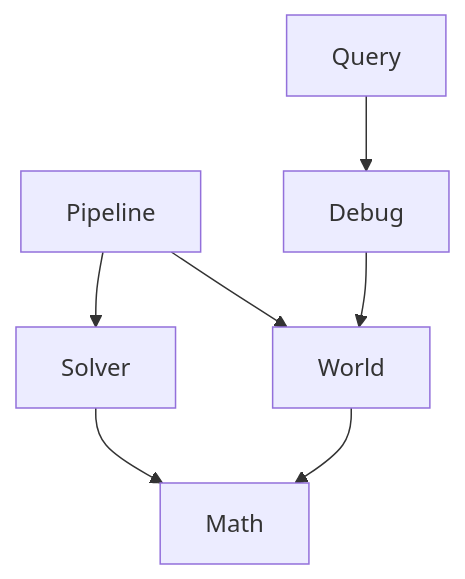
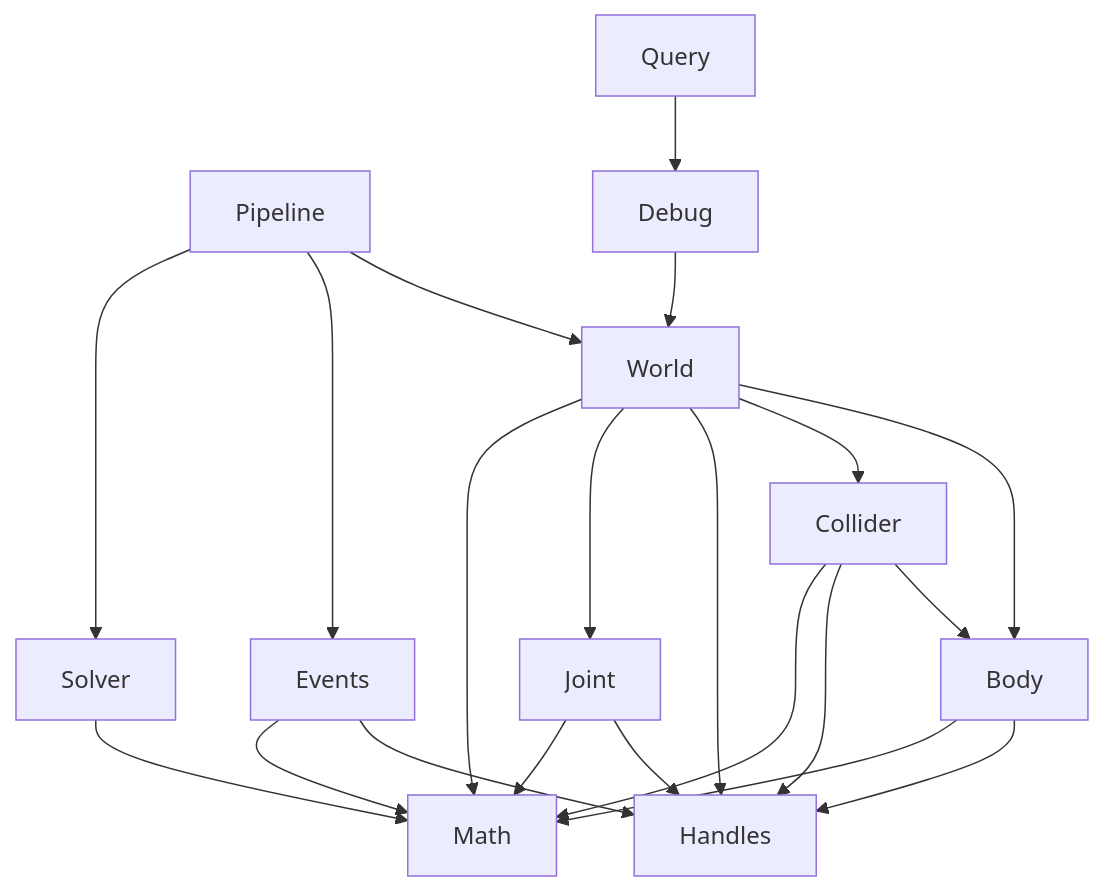
The second of 2 diagrams in docs/architecture/system-overview.md (swnb/picea), drawn with Mermaid before and after one commit. The commit also changed other lines of this file and 83 other files, not shown here.

````diff
--- a/docs/architecture/system-overview.md
+++ b/docs/architecture/system-overview.md
@@ -49,9 +72,23 @@
 ```mermaid
 flowchart TD
+    Body --> Handles
+    Body --> Math
+    Collider --> Body
+    Collider --> Handles
+    Collider --> Math
+    Events --> Handles
+    Events --> Math
+    Joint --> Handles
+    Joint --> Math
     Pipeline --> World
+    Pipeline --> Events
     Pipeline --> Solver
+    World --> Body
+    World --> Collider
+    World --> Handles
+    World --> Joint
     World --> Math
     Debug --> World
     Query --> Debug
     Solver --> Math
 ```
````
